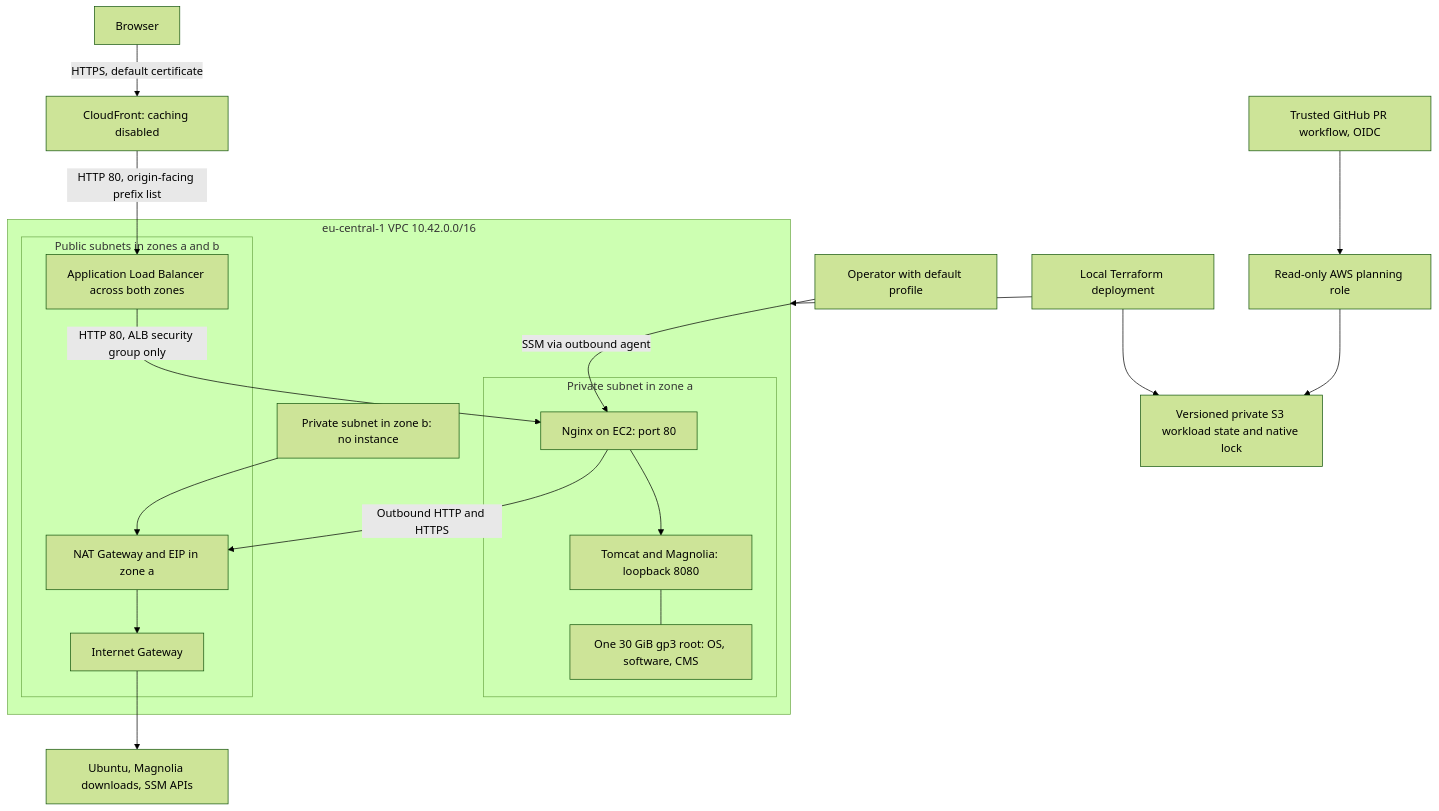
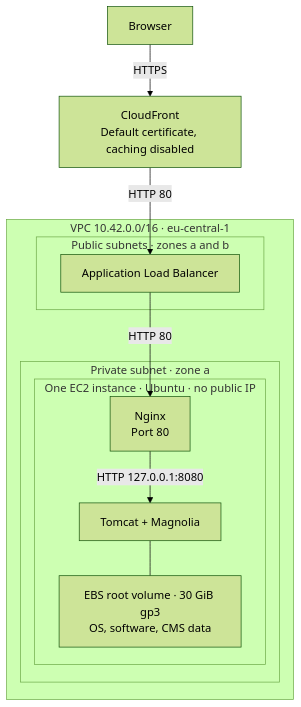
One commit to amanya/Crescendo-DevOps-exam changed the first of 3 diagrams in README.md. Above: the diagram before and after it, drawn with Mermaid (forest theme). The commit also changed other lines of this file and 1 other file, not shown here.

Commit message:
docs: clarify architecture diagrams

````diff
--- a/README.md
+++ b/README.md
@@ -15,30 +17,17 @@
 ```mermaid
 flowchart TD
-    Browser[Browser] -->|HTTPS, default certificate| CF[CloudFront: caching disabled]
-    CF -->|HTTP 80, origin-facing prefix list| ALB
-    subgraph VPC[eu-central-1 VPC 10.42.0.0/16]
-        subgraph Public[Public subnets in zones a and b]
-            ALB[Application Load Balancer across both zones]
-            NAT[NAT Gateway and EIP in zone a]
-            IGW[Internet Gateway]
+    Browser[Browser] -->|HTTPS| CF["CloudFront<br/>Default certificate, caching disabled"]
+    CF -->|HTTP 80| ALB
+    subgraph VPC["VPC 10.42.0.0/16 · eu-central-1"]
+        subgraph Public["Public subnets · zones a and b"]
+            ALB[Application Load Balancer]
         end
-        subgraph PrivateA[Private subnet in zone a]
-            Nginx[Nginx on EC2: port 80]
-            CMS[Tomcat and Magnolia: loopback 8080]
-            Disk[One 30 GiB gp3 root: OS, software, CMS]
-            Nginx --> CMS
-            CMS --- Disk
+        subgraph PrivateA["Private subnet · zone a"]
+            subgraph EC2["One EC2 instance · Ubuntu · no public IP"]
+                Nginx["Nginx<br/>Port 80"] -->|HTTP 127.0.0.1:8080| CMS["Tomcat + Magnolia"]
+                CMS --- Disk["EBS root volume · 30 GiB gp3<br/>OS, software, CMS data"]
+            end
         end
-        PrivateB[Private subnet in zone b: no instance]
-        ALB -->|HTTP 80, ALB security group only| Nginx
-        Nginx -->|Outbound HTTP and HTTPS| NAT
-        PrivateB --> NAT
-        NAT --> IGW
+        ALB -->|HTTP 80| Nginx
     end
-    IGW --> Downloads[Ubuntu, Magnolia downloads, SSM APIs]
-    Operator[Operator with default profile] -->|SSM via outbound agent| Nginx
-    Actions[Trusted GitHub PR workflow, OIDC] --> Role[Read-only AWS planning role]
-    Role --> State[Versioned private S3 workload state and native lock]
-    Terraform[Local Terraform deployment] --> State
-    Terraform --> VPC
 ```
````
